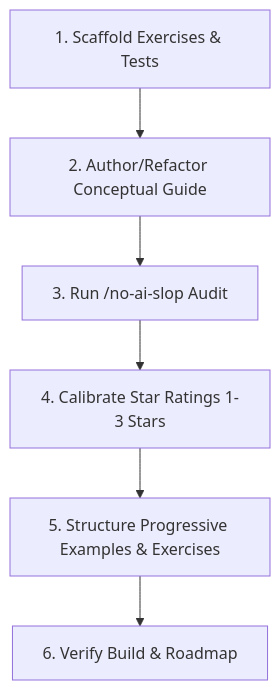
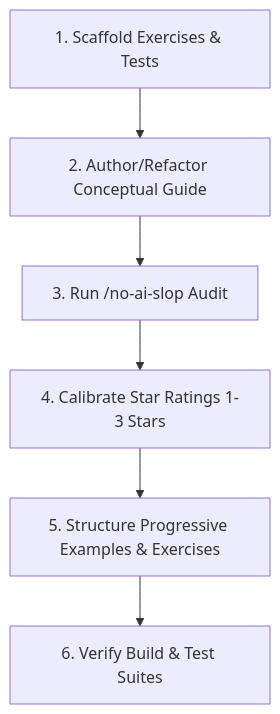
Before and after one commit to rynergold/mooc-java: the diagram in .agents/skills/mooc-create-md-and-exercises/SKILL.md, drawn with Mermaid. The commit also changed other lines of this file and 7 other files, not shown here.

Commit message:
refactor: simplify stack/heap explanation and remove redundant bottom exercise roadmaps

````diff
--- a/.agents/skills/mooc-create-md-and-exercises/SKILL.md
+++ b/.agents/skills/mooc-create-md-and-exercises/SKILL.md
@@ -16,8 +16,8 @@
 ```mermaid
 graph TD
     A[1. Scaffold Exercises & Tests] --> B[2. Author/Refactor Conceptual Guide]
     B --> C[3. Run /no-ai-slop Audit]
     C --> D[4. Calibrate Star Ratings 1-3 Stars]
     D --> E[5. Structure Progressive Examples & Exercises]
-    E --> F[6. Verify Build & Roadmap]
+    E --> F[6. Verify Build & Test Suites]
 ```
````
